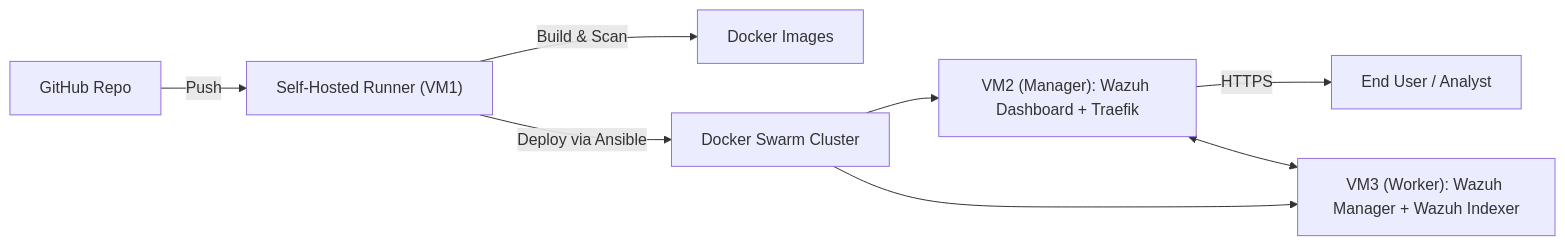
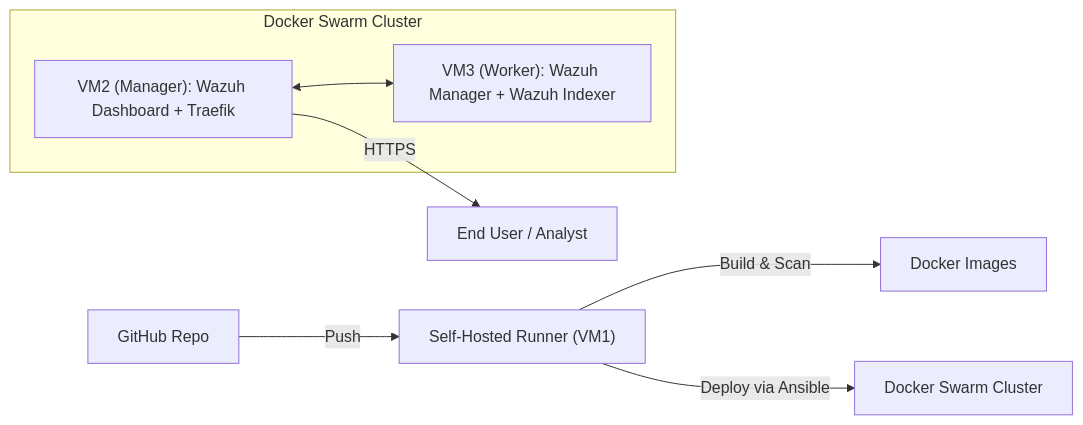
One commit to AshBloom12/Mini_SOC changed the diagram in README.md. Above: the diagram before and after it, drawn with Mermaid. The commit also changed 12 other files, not shown here.

````diff
--- a/README.md
+++ b/README.md
@@ -30,10 +30,14 @@
 ```mermaid
 flowchart LR
     GH[GitHub Repo] -->|Push| Runner["Self-Hosted Runner (VM1)"]
     Runner -->|Build & Scan| DockerImages["Docker Images"]
     Runner -->|Deploy via Ansible| Swarm["Docker Swarm Cluster"]
-    Swarm --> VM2["VM2 (Manager): Wazuh Dashboard + Traefik"]
-    Swarm --> VM3["VM3 (Worker): Wazuh Manager + Wazuh Indexer"]
+
+    subgraph Cluster ["Docker Swarm Cluster"]
+        VM2["VM2 (Manager): Wazuh Dashboard + Traefik"]
+        VM3["VM3 (Worker): Wazuh Manager + Wazuh Indexer"]
+    end
+
+    VM2 <--> VM3
     VM2 -->|HTTPS| User["End User / Analyst"]
-    VM2 <--> VM3
 ```
````
